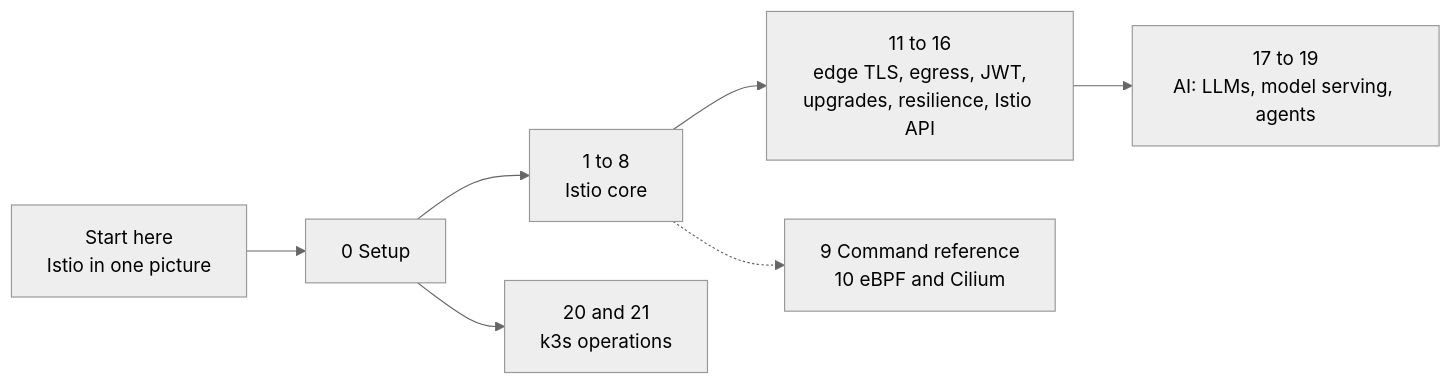
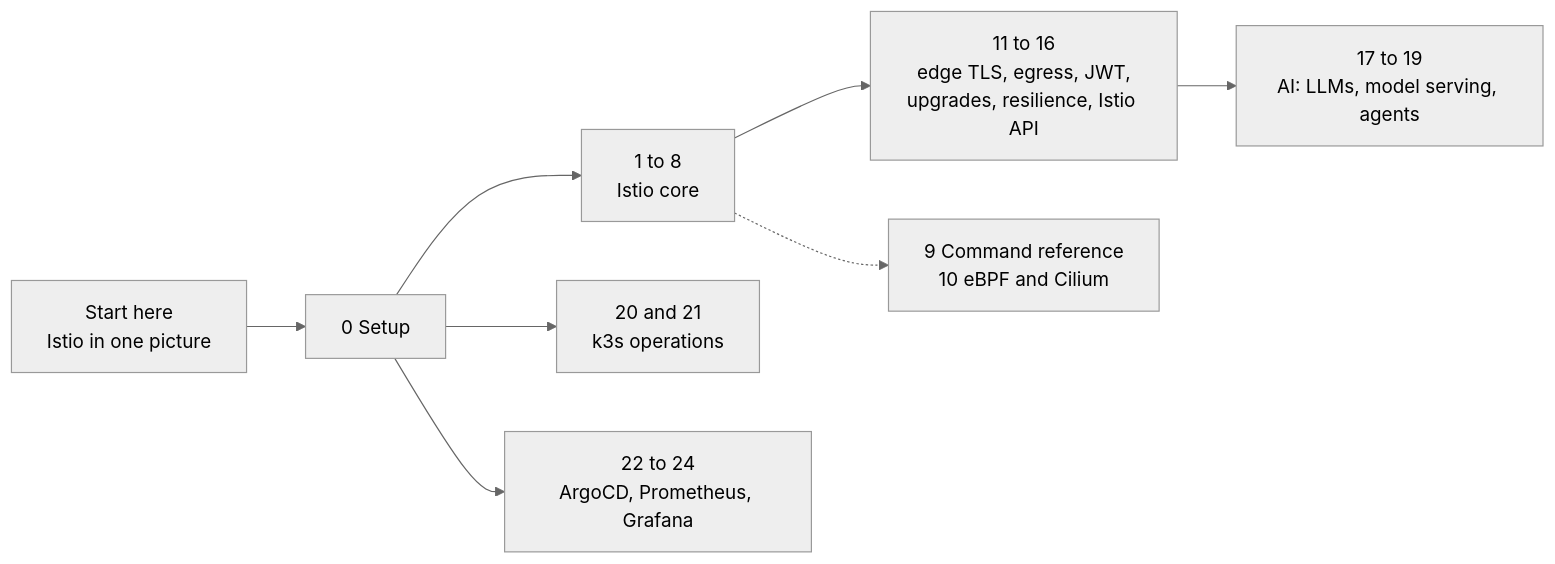
One commit to miekuskamil/k8s_lab_macos changed the diagram in course/README.md. Above: the diagram before and after it, drawn with Mermaid (neutral theme). The commit also changed other lines of this file and 24 other files, not shown here.

First line of the commit message:
Add course modules 22 to 24: ArgoCD, Prometheus alerting, Grafana as code

````diff
--- a/course/README.md
+++ b/course/README.md
@@ -36,9 +39,10 @@
 ```mermaid
 flowchart LR
   s["Start here<br/>Istio in one picture"] --> m0["0 Setup"]
   m0 --> core["1 to 8<br/>Istio core"]
   core --> adv["11 to 16<br/>edge TLS, egress, JWT,<br/>upgrades, resilience, Istio API"]
   adv --> ai["17 to 19<br/>AI: LLMs, model serving, agents"]
   m0 --> ops["20 and 21<br/>k3s operations"]
+  m0 --> plat["22 to 24<br/>ArgoCD, Prometheus, Grafana"]
   core -.-> ref["9 Command reference<br/>10 eBPF and Cilium"]
 ```
````
